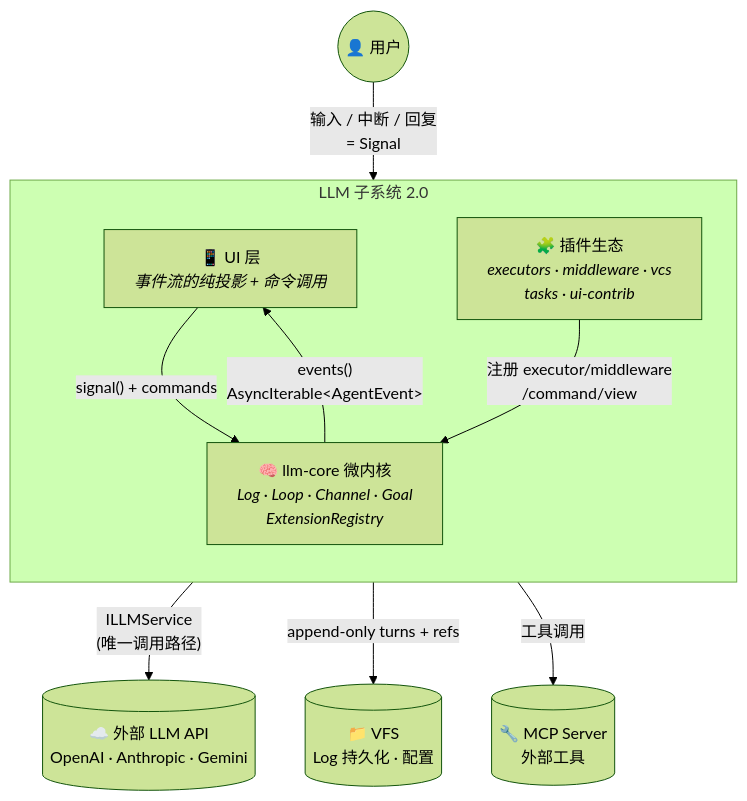
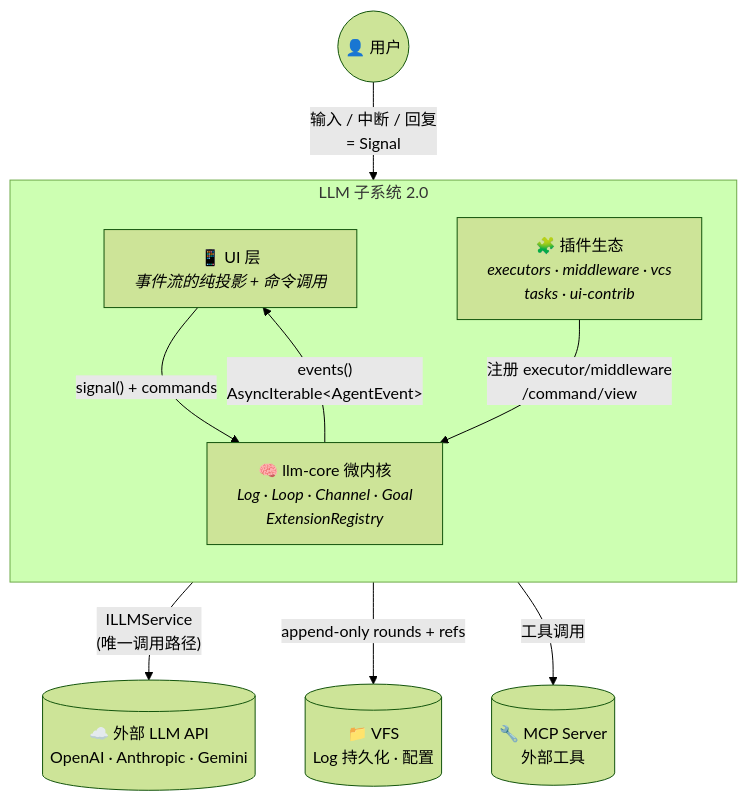
One commit to mushuanli/itookit changed the second of 5 diagrams in doc/feat/llm-2.md. Above: the diagram before and after it, drawn with Mermaid (forest theme). The commit also changed other lines of this file and 74 other files, not shown here.

````diff
--- a/doc/feat/llm-2.md
+++ b/doc/feat/llm-2.md
@@ -196,23 +196,23 @@
 ```mermaid
 graph TB
     User(("👤 用户"))
 
     subgraph Boundary["LLM 子系统 2.0"]
         direction TB
         UI["📱 UI 层<br/><i>事件流的纯投影 + 命令调用</i>"]
         Core["🧠 llm-core 微内核<br/><i>Log · Loop · Channel · Goal<br/>ExtensionRegistry</i>"]
         Plugins["🧩 插件生态<br/><i>executors · middleware · vcs<br/>tasks · ui-contrib</i>"]
     end
 
     LLM_API[("☁️ 外部 LLM API<br/>OpenAI · Anthropic · Gemini")]
     VFS[("📁 VFS<br/>Log 持久化 · 配置")]
     MCP[("🔧 MCP Server<br/>外部工具")]
 
     User -->|"输入 / 中断 / 回复<br/>= Signal"| UI
     UI -->|"signal() + commands"| Core
     Core -->|"events()<br/>AsyncIterable&lt;AgentEvent&gt;"| UI
     Plugins -->|"注册 executor/middleware<br/>/command/view"| Core
     Core -->|"ILLMService<br/>(唯一调用路径)"| LLM_API
-    Core -->|"append-only turns + refs"| VFS
+    Core -->|"append-only rounds + refs"| VFS
     Plugins -->|"工具调用"| MCP
 ```
````
